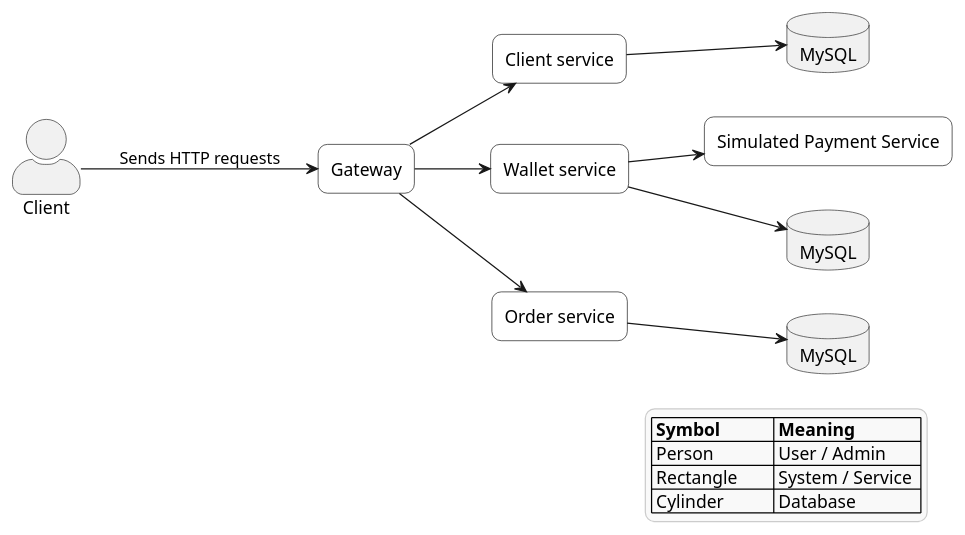
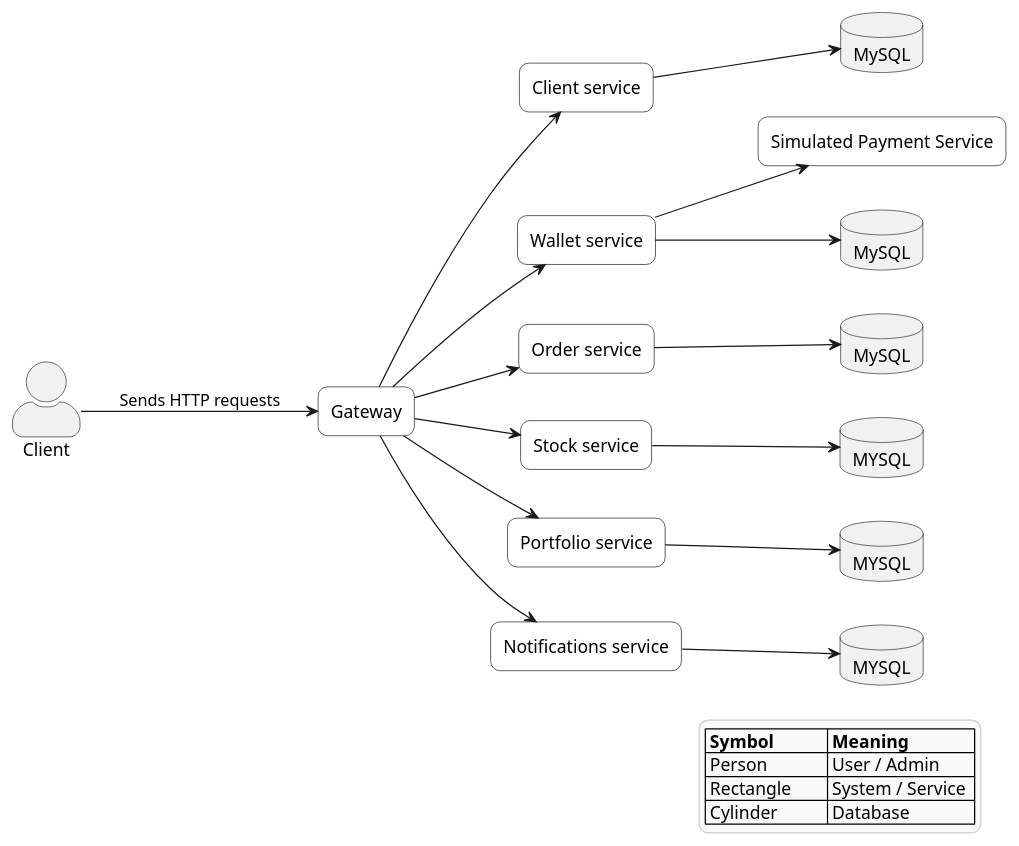
One commit to William-Lavoie/BrokerX changed the diagram in documentation/phase3/views/context_diagram.puml. Above: the diagram before and after it, drawn with PlantUML. The commit also changed 13 other files, not shown here.

```diff
--- a/documentation/phase3/views/context_diagram.puml
+++ b/documentation/phase3/views/context_diagram.puml
@@ -1,39 +1,51 @@
 @startuml
 left to right direction
 skinparam style strictuml
 skinparam ActorStyle awesome
 skinparam rectangle {
   BackgroundColor #FFFFFF
   BorderColor #000000
   RoundCorner 15
 }
 skinparam legendBackgroundColor #F9F9F9
 skinparam legendBorderColor #CCCCCC
 
 actor Client as "Client"
 rectangle "Client service" as CS
 rectangle "Wallet service" as WS
 rectangle "Order service" as OS
+rectangle "Stock service" as SS
+rectangle "Portfolio service" as PS
+rectangle "Notifications service" as NS
 rectangle "Gateway" as G
 rectangle "Simulated Payment Service" as SPS
 database "MySQL" as DBC
 database "MySQL" as DBW
 database "MySQL" as DBO
+database "MYSQL" as DBS
+database "MYSQL" as DBP
+database "MYSQL" as DBN
 
 
 Client --> G : Sends HTTP requests
 G --> CS
 G --> WS
 G --> OS
+G --> SS
+G --> PS
+G --> NS
 WS --> SPS
 WS --> DBW
 CS --> DBC
 OS --> DBO
+SS --> DBS
+PS --> DBP
+NS --> DBN
 
 legend right
   |= Symbol |= Meaning           |
   | Person        | User / Admin       |
   | Rectangle        | System / Service  |
   | Cylinder        | Database       |
 endlegend
 @enduml
```
